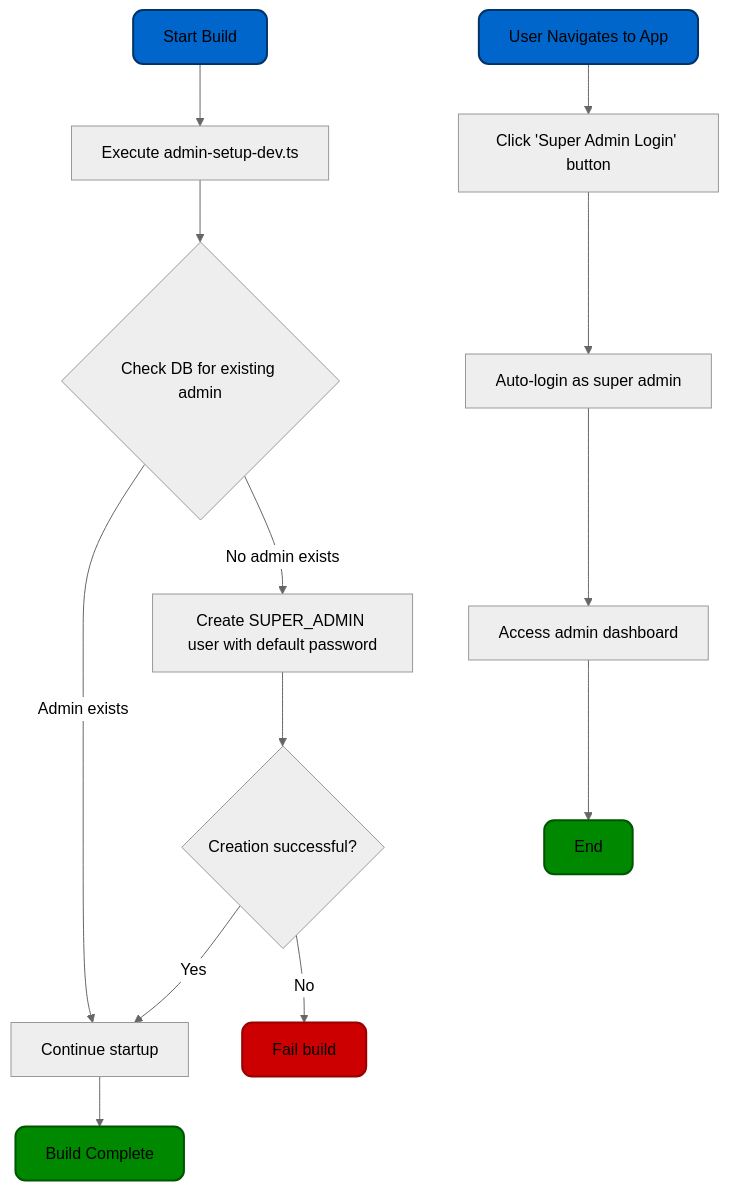
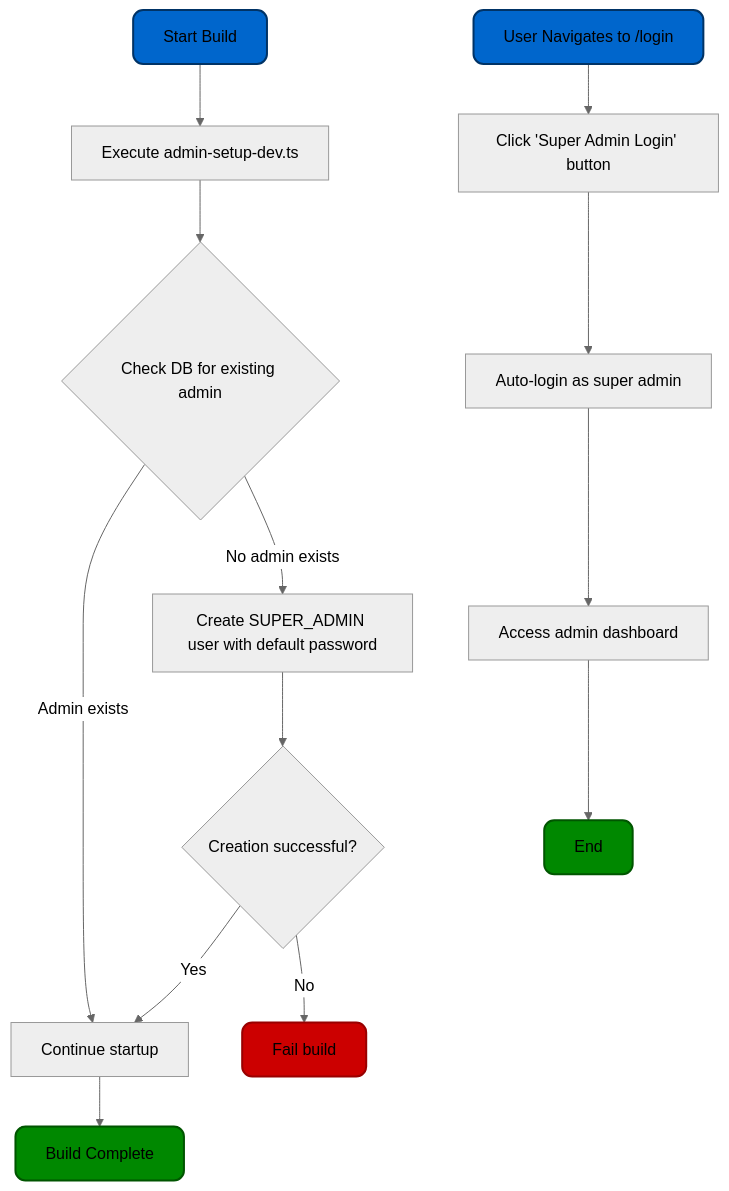
The second of 2 diagrams in docs/super_admin_setup.md (kirinmurphy/trpc_starter), drawn with Mermaid (neutral theme) before and after one commit. The commit also changed 1 other file, not shown here.

Commit message:
readme update

````diff
--- a/docs/super_admin_setup.md
+++ b/docs/super_admin_setup.md
@@ -95,29 +95,29 @@
 ```mermaid
 graph TD
     %% Build process flow
     Start1[Start Build] --> PreStartup["Execute admin-setup-dev.ts"]
     PreStartup --> CheckDB{"Check DB for existing admin"}
     
     CheckDB -->|"Admin exists"| ContinueStartup["Continue startup"]
     CheckDB -->|"No admin exists"| CreateAdminAction["Create SUPER_ADMIN user with default password"]
     
     CreateAdminAction --> AdminCreated{"Creation successful?"}
     AdminCreated -->|"Yes"| ContinueStartup
     AdminCreated -->|"No"| FailBuild[Fail build]
     ContinueStartup --> BuildComplete[Build Complete]
     
     %% User flow from homepage
-    Start2[User Navigates to App] --> ClickHomeButton["Click 'Super Admin Login' button"]
+    Start2[User Navigates to /login] --> ClickHomeButton["Click 'Super Admin Login' button"]
     ClickHomeButton --> AutoLoginProcess["Auto-login as super admin"]
         
     AutoLoginProcess --> AdminDashboard["Access admin dashboard"]
     AdminDashboard --> End[End]
     
     classDef startPoint fill:#0066cc,stroke:#003366,stroke-width:2px,rx:10,ry:10
     classDef successPoint fill:#008800,stroke:#005500,stroke-width:2px,rx:10,ry:10
     classDef failPoint fill:#cc0000,stroke:#990000,stroke-width:2px,rx:10,ry:10
     
     class Start1,Start2,Start3 startPoint
     class End,BuildComplete successPoint
     class FailBuild failPoint
 ```
````
